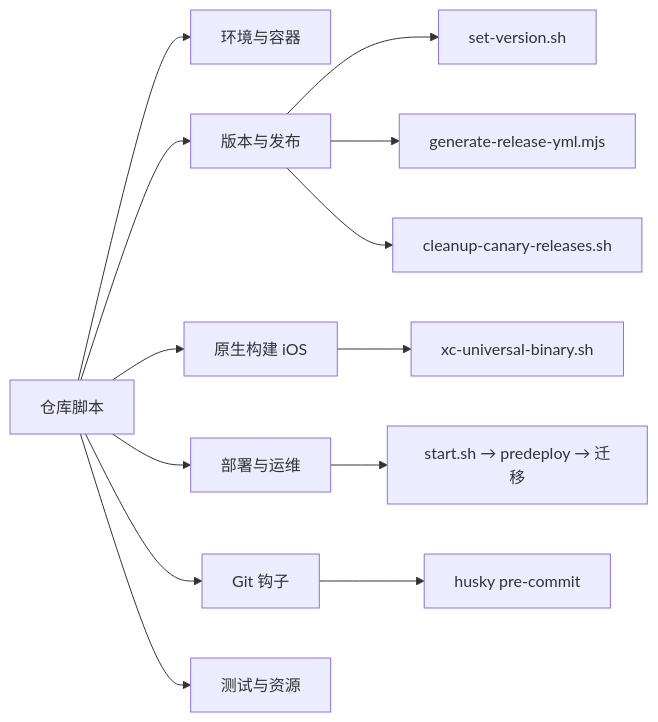
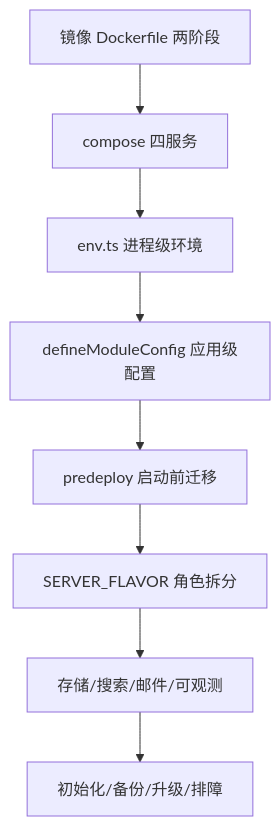
The first of 4 diagrams in learning-guide/slides/decks/31.md (lfire/AFFiNE), drawn with Mermaid before and after one commit. The commit also changed other lines of this file and 73 other files, not shown here.

````diff
--- a/learning-guide/slides/decks/31.md
+++ b/learning-guide/slides/decks/31.md
@@ -33,15 +28,10 @@
 ```mermaid
-flowchart LR
-  ROOT["仓库脚本"] --> A["环境与容器"]
-  ROOT --> B["版本与发布"]
-  ROOT --> C["原生构建 iOS"]
-  ROOT --> D["部署与运维"]
-  ROOT --> E["Git 钩子"]
-  ROOT --> F["测试与资源"]
-  B --> B1["set-version.sh"]
-  B --> B2["generate-release-yml.mjs"]
-  B --> B3["cleanup-canary-releases.sh"]
-  C --> C1["xc-universal-binary.sh"]
-  D --> D1["start.sh → predeploy → 迁移"]
-  E --> E1["husky pre-commit"]
+flowchart TB
+  A["镜像 Dockerfile 两阶段"] --> B["compose 四服务"]
+  B --> C["env.ts 进程级环境"]
+  C --> D["defineModuleConfig 应用级配置"]
+  D --> E["predeploy 启动前迁移"]
+  E --> F["SERVER_FLAVOR 角色拆分"]
+  F --> G["存储/搜索/邮件/可观测"]
+  G --> H["初始化/备份/升级/排障"]
 ```
````
